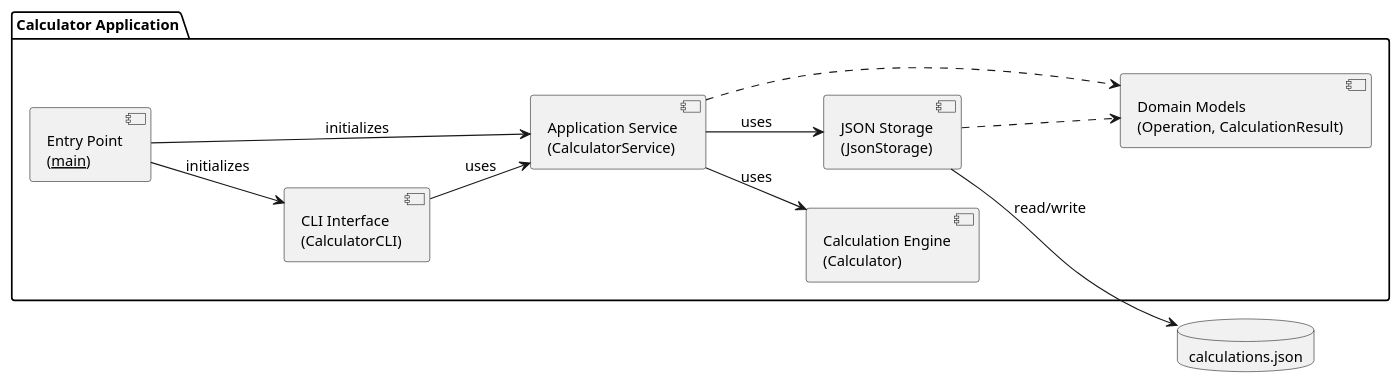
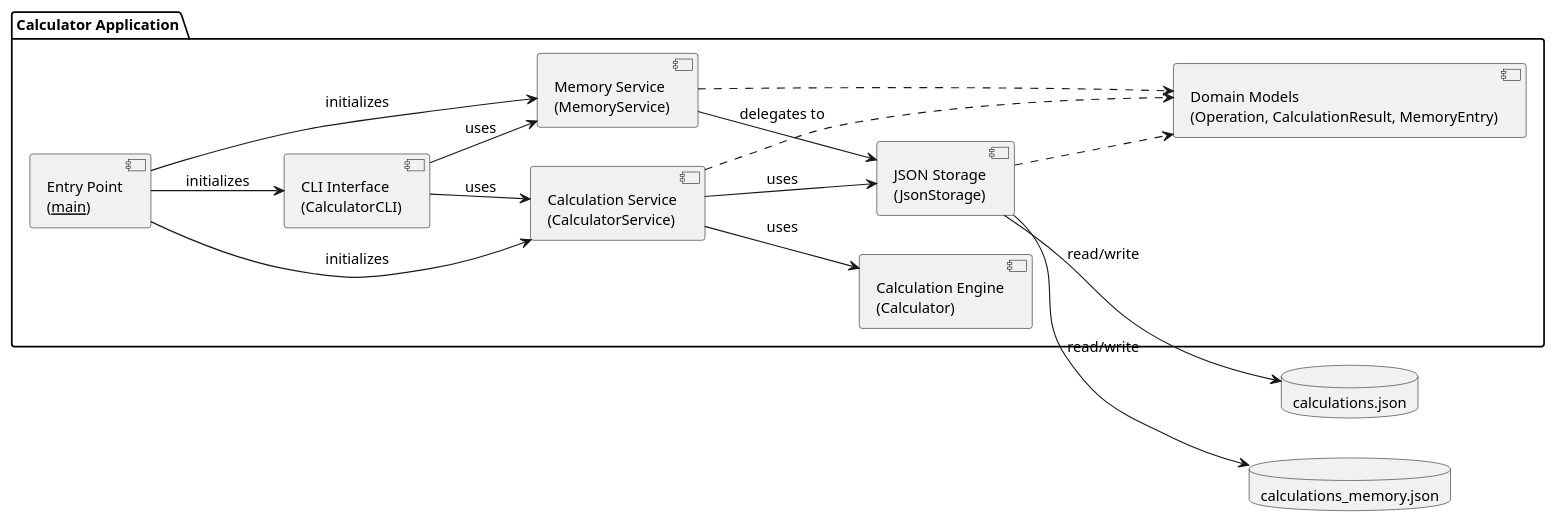
The diagram in experiments/broadcast/user_stories/calculator/artifacts/component_diagram.puml (DanielRiha8906/Software_autoevolution_using_agents), drawn with PlantUML before and after one commit. The commit also changed 11 other files, not shown here.

First line of the commit message:
Task 04: Create MemoryService for managing calculation history

```diff
--- a/experiments/broadcast/user_stories/calculator/artifacts/component_diagram.puml
+++ b/experiments/broadcast/user_stories/calculator/artifacts/component_diagram.puml
@@ -1,31 +1,38 @@
 @startuml component_diagram
 
 skinparam componentStyle uml2
 skinparam defaultFontSize 13
 left to right direction
 
 package "Calculator Application" {
 
     component "Entry Point\n(__main__)" as Main
     component "CLI Interface\n(CalculatorCLI)" as CLI
-    component "Application Service\n(CalculatorService)" as Service
+    component "Calculation Service\n(CalculatorService)" as Service
+    component "Memory Service\n(MemoryService)" as MemService
     component "Calculation Engine\n(Calculator)" as Calc
     component "JSON Storage\n(JsonStorage)" as Store
-    component "Domain Models\n(Operation, CalculationResult)" as Models
+    component "Domain Models\n(Operation, CalculationResult, MemoryEntry)" as Models
 
     Main --> CLI : initializes
     Main --> Service : initializes
+    Main --> MemService : initializes
 
     CLI --> Service : uses
+    CLI --> MemService : uses
     Service --> Calc : uses
     Service --> Store : uses
+    MemService --> Store : delegates to
 
     Service ..> Models
+    MemService ..> Models
     Store ..> Models
 }
 
 database "calculations.json" as DB
+database "calculations_memory.json" as MemDB
 
 Store --> DB : read/write
+Store --> MemDB : read/write
 
 @enduml
```
